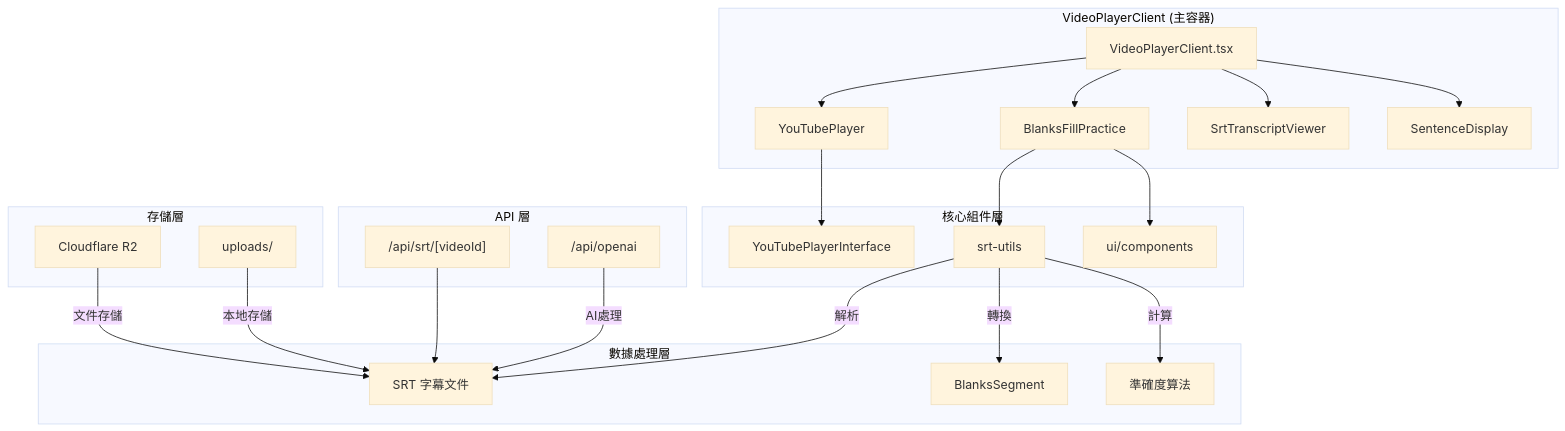
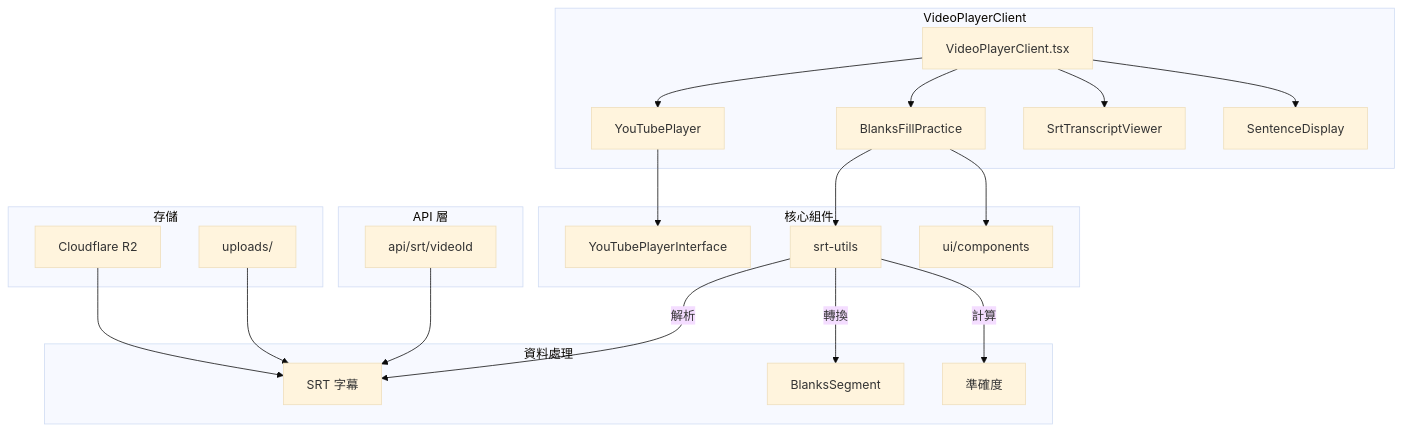
The first of 7 diagrams in docs/DICTATION_SYSTEM_ARCHITECTURE.md (crazycjh/language-learning-transcribe), drawn with Mermaid (base theme) before and after one commit. The commit also changed other lines of this file and 7 other files, not shown here.

````diff
--- a/docs/DICTATION_SYSTEM_ARCHITECTURE.md
+++ b/docs/DICTATION_SYSTEM_ARCHITECTURE.md
@@ -5,32 +5,31 @@
 ```mermaid
 graph TB
-    subgraph "VideoPlayerClient (主容器)"
+    subgraph "VideoPlayerClient"
         VPC[VideoPlayerClient.tsx]
         VPC --> YTP[YouTubePlayer]
         VPC --> BFP[BlanksFillPractice]
         VPC --> STV[SrtTranscriptViewer]
         VPC --> SD[SentenceDisplay]
     end
 
-    subgraph "核心組件層"
+    subgraph "核心組件"
         YTP --> YPI[YouTubePlayerInterface]
         BFP --> SU[srt-utils]
-        BFP --> UI[ui/components]
+        BFP --> UI["ui/components"]
     end
 
-    subgraph "數據處理層"
-        SU --> |解析| SRT[SRT 字幕文件]
+    subgraph "資料處理"
+        SU --> |解析| SRT[SRT 字幕]
         SU --> |轉換| BS[BlanksSegment]
-        SU --> |計算| ACC[準確度算法]
+        SU --> |計算| ACC[準確度]
     end
 
     subgraph "API 層"
-        API["/api/srt/[videoId]"] --> SRT
-        OPENAI["/api/openai"] --> |AI處理| SRT
+        API["api/srt/videoId"] --> SRT
     end
 
-    subgraph "存儲層"
-        R2[Cloudflare R2] --> |文件存儲| SRT
-        LOCAL[uploads/] --> |本地存儲| SRT
+    subgraph "存儲"
+        R2[Cloudflare R2] --> SRT
+        LOCAL["uploads/"] --> SRT
     end
 ```
````
